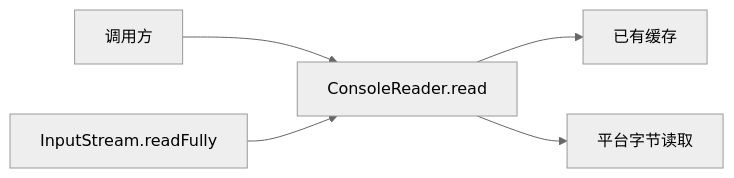
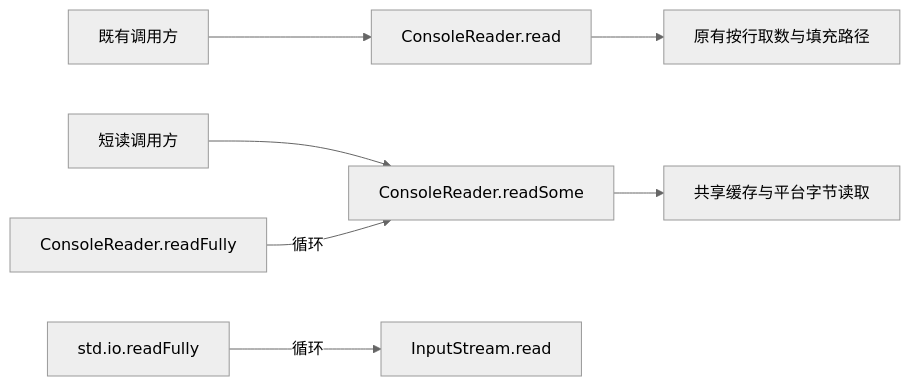
The diagram in proposals/team_std/inputstream-read-fully.md (cangjielanguage/proposal), drawn with Mermaid (neutral theme) before and after one commit. The commit also changed other lines of this file, not shown here.

First line of the commit message:
docs(std): revise stdin read compatibility proposal

````diff
--- a/proposals/team_std/inputstream-read-fully.md
+++ b/proposals/team_std/inputstream-read-fully.md
@@ -32,7 +32,9 @@
 ```mermaid
 flowchart LR
-    A[调用方] --> B[ConsoleReader.read]
-    B --> C[已有缓存]
-    B --> D[平台字节读取]
-    E[InputStream.readFully] --> B
+    A[既有调用方] --> B[ConsoleReader.read]
+    B --> C[原有按行取数与填充路径]
+    D[短读调用方] --> E[ConsoleReader.readSome]
+    E --> F[共享缓存与平台字节读取]
+    G[ConsoleReader.readFully] -->|循环| E
+    H[std.io.readFully] -->|循环| I[InputStream.read]
 ```
````
